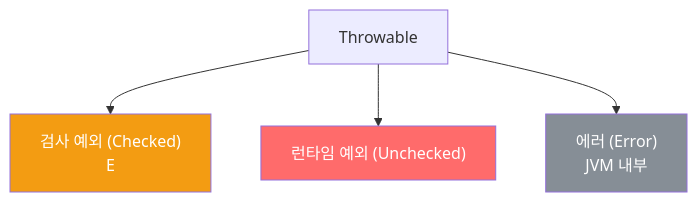
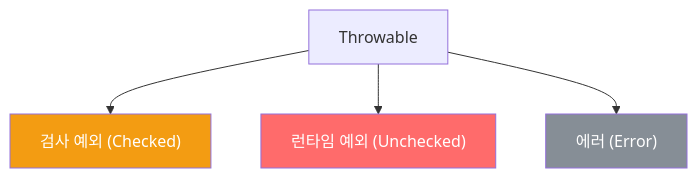
One commit to yjkim2015/yjkim2015.github.io changed the diagram in _posts/java/2022-02-16-effective-java70.md. Above: the diagram before and after it, drawn with Mermaid. The commit also changed 217 other files, not shown here.

First line of the commit message:
Mermaid 크기 수정: useMaxWidth:true + SVG max-width:100% + 라벨 축소

````diff
--- a/_posts/java/2022-02-16-effective-java70.md
+++ b/_posts/java/2022-02-16-effective-java70.md
@@ -18,9 +18,9 @@
 ```mermaid
 graph TD
-    A["Throwable"] --> B["검사 예외 (Checked)\nE"]
+    A["Throwable"] --> B["검사 예외 (Checked)"]
     A --> C["런타임 예외 (Unchecked)"]
-    A --> D["에러 (Error)\nJVM 내부"]
+    A --> D["에러 (Error)"]
     style B fill:#f39c12,color:#fff
     style C fill:#ff6b6b,color:#fff
     style D fill:#868e96,color:#fff
 ```
````
